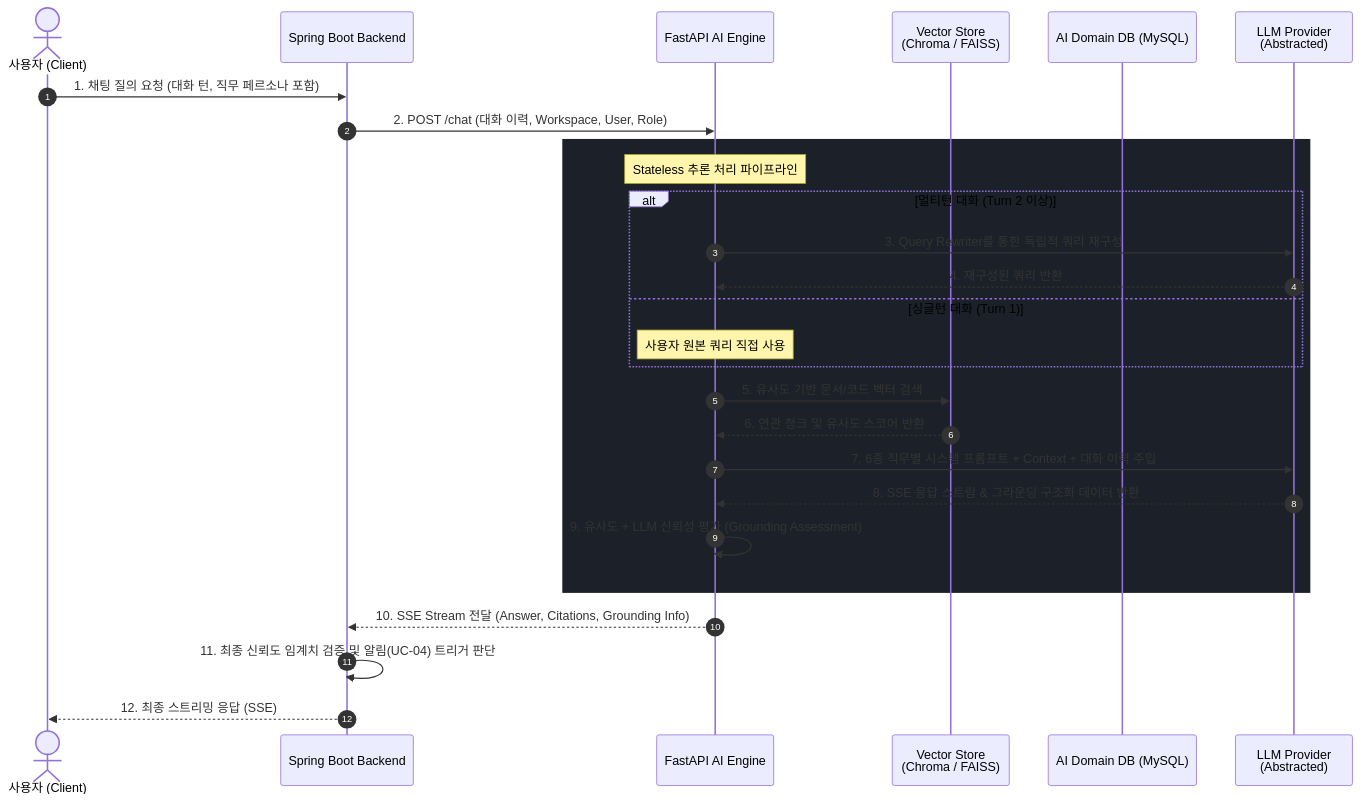
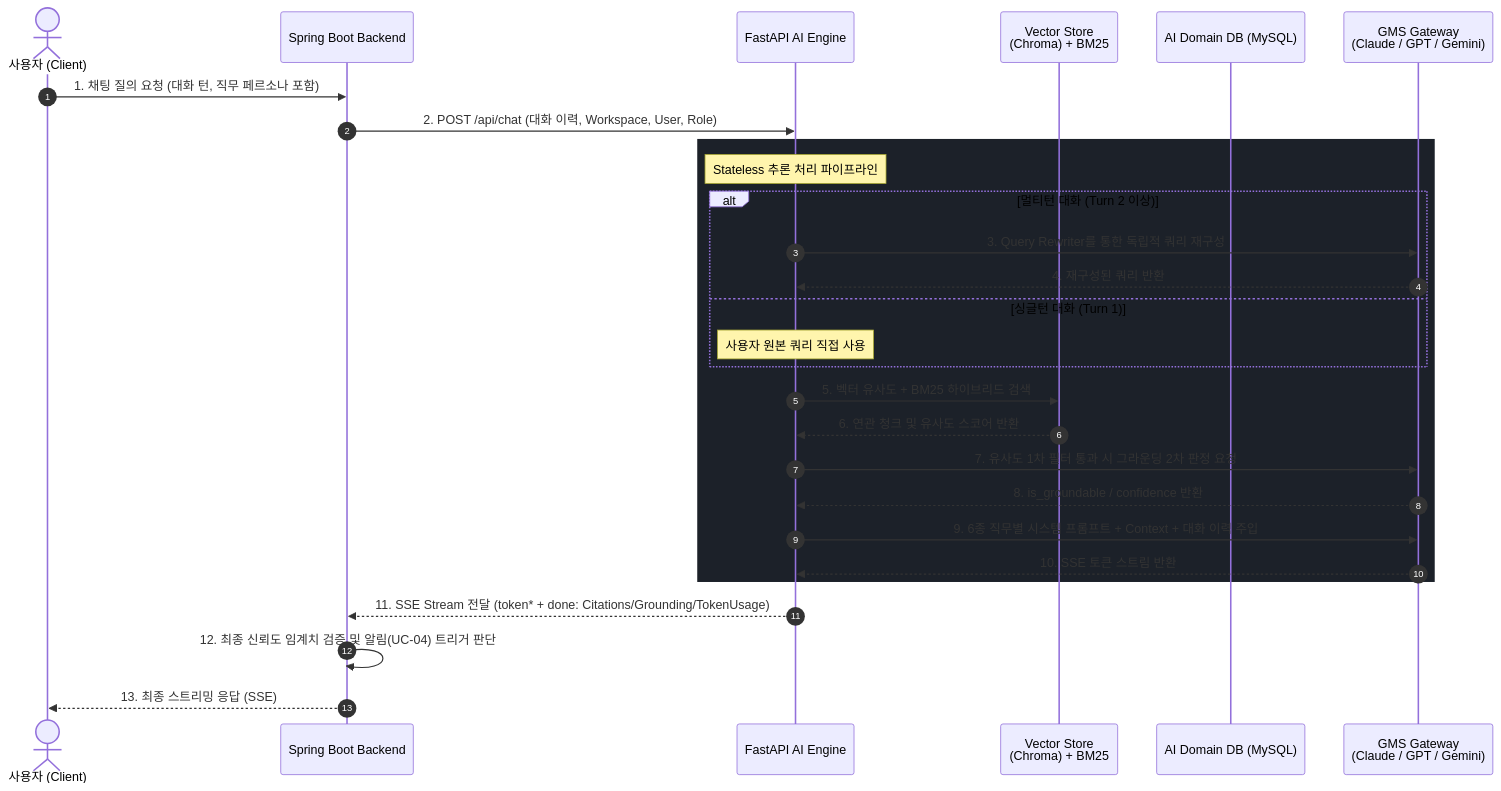
The diagram in README.md (DevBridge-AX/devbridge-ai-engine), drawn with Mermaid before and after one commit. The commit also changed other lines of this file and 4 other files, not shown here.

````diff
--- a/README.md
+++ b/README.md
@@ -26,35 +28,36 @@
 ```mermaid
 sequenceDiagram
     autonumber
     actor User as 사용자 (Client)
     participant Spring as Spring Boot Backend
     participant FastAPI as FastAPI AI Engine
-    participant VS as Vector Store<br>(Chroma / FAISS)
+    participant VS as Vector Store<br>(Chroma) + BM25
     participant DB as AI Domain DB (MySQL)
-    participant LLM as LLM Provider<br>(Abstracted)
+    participant GMS as GMS Gateway<br>(Claude / GPT / Gemini)
 
     User->>Spring: 1. 채팅 질의 요청 (대화 턴, 직무 페르소나 포함)
-    Spring->>FastAPI: 2. POST /chat (대화 이력, Workspace, User, Role)
-    
+    Spring->>FastAPI: 2. POST /api/chat (대화 이력, Workspace, User, Role)
+
     rect rgb(28, 33, 41)
         Note over FastAPI: Stateless 추론 처리 파이프라인
         alt 멀티턴 대화 (Turn 2 이상)
-            FastAPI->>LLM: 3. Query Rewriter를 통한 독립적 쿼리 재구성
-            LLM-->>FastAPI: 4. 재구성된 쿼리 반환
+            FastAPI->>GMS: 3. Query Rewriter를 통한 독립적 쿼리 재구성
+            GMS-->>FastAPI: 4. 재구성된 쿼리 반환
         else 싱글턴 대화 (Turn 1)
             Note over FastAPI: 사용자 원본 쿼리 직접 사용
         end
-        
-        FastAPI->>VS: 5. 유사도 기반 문서/코드 벡터 검색
+
+        FastAPI->>VS: 5. 벡터 유사도 + BM25 하이브리드 검색
         VS-->>FastAPI: 6. 연관 청크 및 유사도 스코어 반환
-        
-        FastAPI->>LLM: 7. 6종 직무별 시스템 프롬프트 + Context + 대화 이력 주입
-        LLM-->>FastAPI: 8. SSE 응답 스트림 & 그라운딩 구조화 데이터 반환
-        
-        FastAPI->>FastAPI: 9. 유사도 + LLM 신뢰성 평가 (Grounding Assessment)
+
+        FastAPI->>GMS: 7. 유사도 1차 필터 통과 시 그라운딩 2차 판정 요청
+        GMS-->>FastAPI: 8. is_groundable / confidence 반환
+
+        FastAPI->>GMS: 9. 6종 직무별 시스템 프롬프트 + Context + 대화 이력 주입
+        GMS-->>FastAPI: 10. SSE 토큰 스트림 반환
     end
-    
-    FastAPI-->>Spring: 10. SSE Stream 전달 (Answer, Citations, Grounding Info)
-    Spring->>Spring: 11. 최종 신뢰도 임계치 검증 및 알림(UC-04) 트리거 판단
-    Spring-->>User: 12. 최종 스트리밍 응답 (SSE)
+
+    FastAPI-->>Spring: 11. SSE Stream 전달 (token* + done: Citations/Grounding/TokenUsage)
+    Spring->>Spring: 12. 최종 신뢰도 임계치 검증 및 알림(UC-04) 트리거 판단
+    Spring-->>User: 13. 최종 스트리밍 응답 (SSE)
 ```
````
